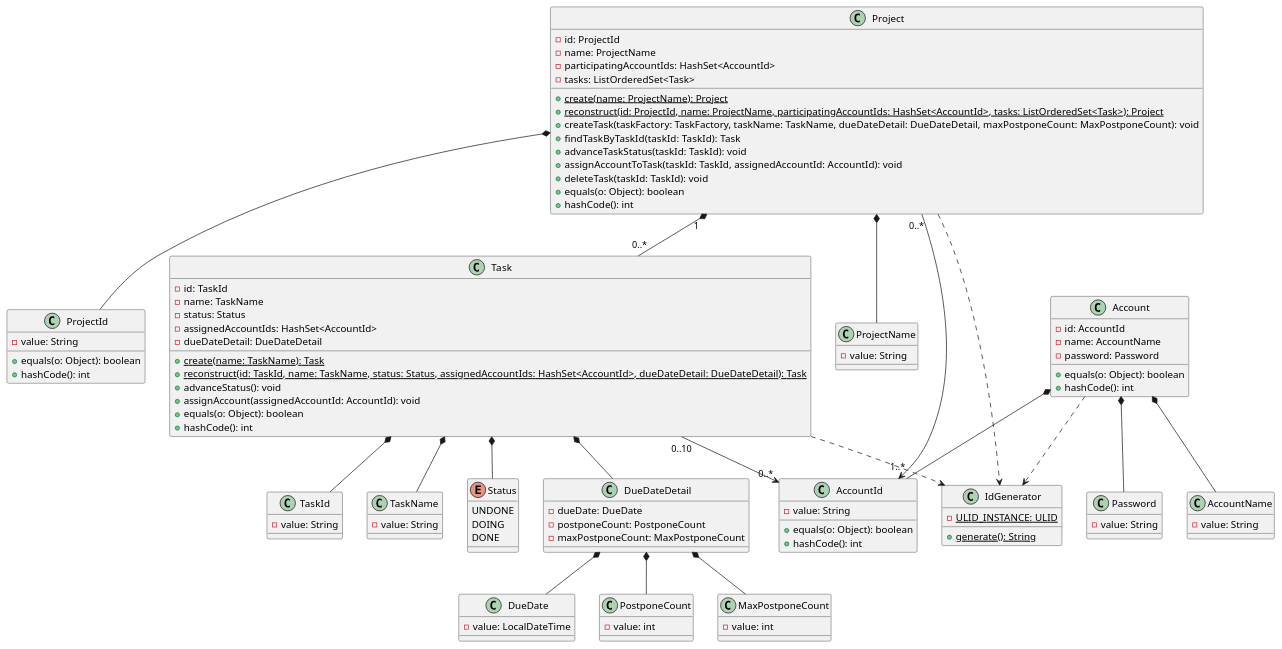
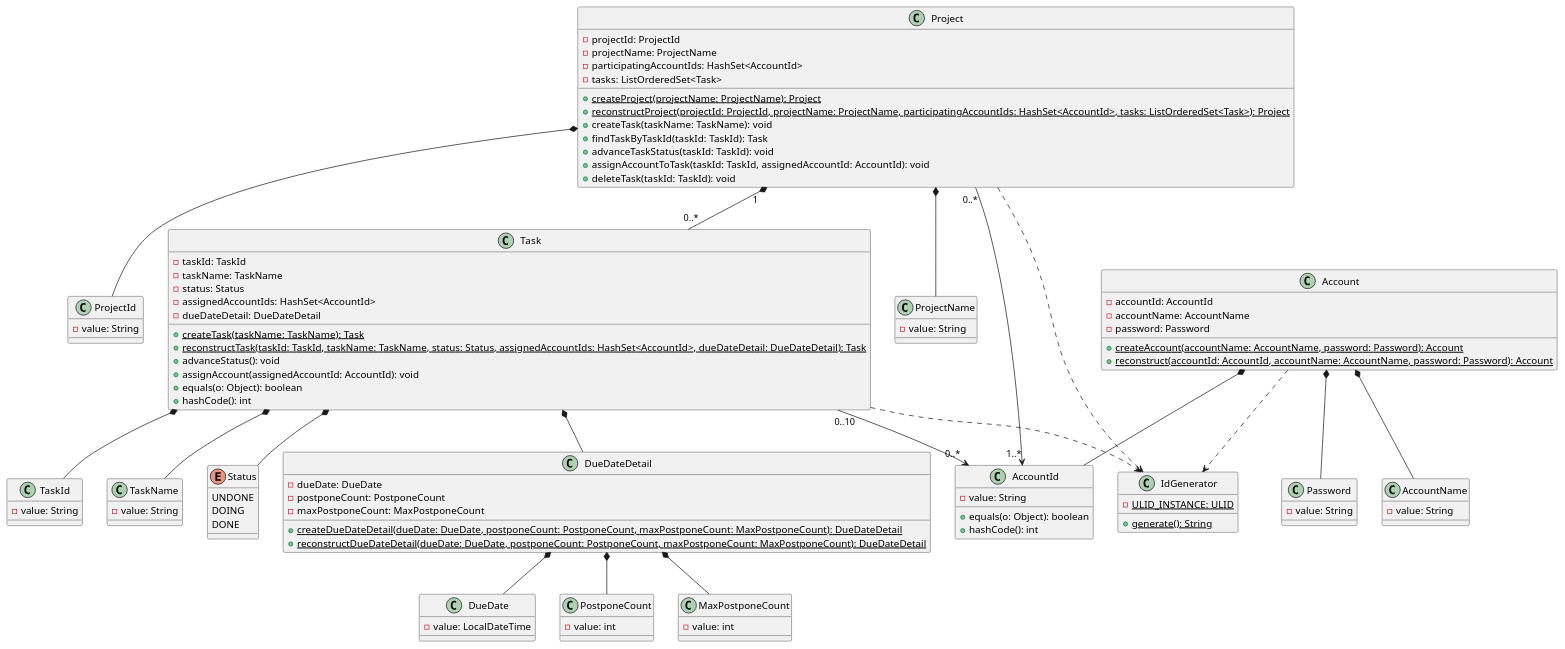
One commit to ORIKAMIxNEP/playground changed the diagram in uml/class.puml. Above: the diagram before and after it, drawn with PlantUML.

```diff
--- a/uml/class.puml
+++ b/uml/class.puml
@@ -1,122 +1,120 @@
 @startuml
 class Account {
-  - id: AccountId
-  - name: AccountName
+  - accountId: AccountId
+  - accountName: AccountName
   - password: Password
-  + equals(o: Object): boolean
-  + hashCode(): int
+    {static} + createAccount(accountName: AccountName, password: Password): Account
+    {static} + reconstruct(accountId: AccountId, accountName: AccountName, password: Password): Account
 }
 
 class AccountId {
   - value: String
   + equals(o: Object): boolean
   + hashCode(): int
 }
 
 class AccountName {
   - value: String
 }
 
 class Password {
   - value: String
 }
 
 Account *-- AccountId
 Account *-- AccountName
 Account *-- Password
 Account ..> IdGenerator
 
 class Project {
-  - id: ProjectId
-  - name: ProjectName
+  - projectId: ProjectId
+  - projectName: ProjectName
   - participatingAccountIds: HashSet<AccountId>
   - tasks: ListOrderedSet<Task>
-  {static} + create(name: ProjectName): Project
-  {static} + reconstruct(id: ProjectId, name: ProjectName, participatingAccountIds: HashSet<AccountId>, tasks: ListOrderedSet<Task>): Project
-  + createTask(taskFactory: TaskFactory, taskName: TaskName, dueDateDetail: DueDateDetail, maxPostponeCount: MaxPostponeCount): void
+  {static} + createProject(projectName: ProjectName): Project
+  {static} + reconstructProject(projectId: ProjectId, projectName: ProjectName, participatingAccountIds: HashSet<AccountId>, tasks: ListOrderedSet<Task>): Project
+  + createTask(taskName: TaskName): void
   + findTaskByTaskId(taskId: TaskId): Task
   + advanceTaskStatus(taskId: TaskId): void
   + assignAccountToTask(taskId: TaskId, assignedAccountId: AccountId): void
   + deleteTask(taskId: TaskId): void
-  + equals(o: Object): boolean
-  + hashCode(): int
 }
 
 class ProjectId {
   - value: String
-  + equals(o: Object): boolean
-  + hashCode(): int
 }
 
 class ProjectName {
   - value: String
 }
 
 Project *-- ProjectId
 Project *-- ProjectName
 Project "0..*" --> "1..*" AccountId
 Project "1" *-- "0..*" Task
 Project ..> IdGenerator
 
 class Task {
-  - id: TaskId
-  - name: TaskName
+  - taskId: TaskId
+  - taskName: TaskName
   - status: Status
   - assignedAccountIds: HashSet<AccountId>
   - dueDateDetail: DueDateDetail
-  {static} + create(name: TaskName): Task
-  {static} + reconstruct(id: TaskId, name: TaskName, status: Status, assignedAccountIds: HashSet<AccountId>, dueDateDetail: DueDateDetail): Task
+  {static} + createTask(taskName: TaskName): Task
+  {static} + reconstructTask(taskId: TaskId, taskName: TaskName, status: Status, assignedAccountIds: HashSet<AccountId>, dueDateDetail: DueDateDetail): Task
   + advanceStatus(): void
   + assignAccount(assignedAccountId: AccountId): void
   + equals(o: Object): boolean
   + hashCode(): int
 }
 
 class TaskId {
   - value: String
 }
 
 class TaskName {
   - value: String
 }
 
 enum Status {
   UNDONE
   DOING
   DONE
 }
 
 Task *-- TaskId
 Task *-- TaskName
 Task *-- Status
 Task "0..10" --> "0..*" AccountId
 Task *-- DueDateDetail
 Task ..> IdGenerator
 
 class DueDateDetail {
   - dueDate: DueDate
   - postponeCount: PostponeCount
   - maxPostponeCount: MaxPostponeCount
+    {static} + createDueDateDetail(dueDate: DueDate, postponeCount: PostponeCount, maxPostponeCount: MaxPostponeCount): DueDateDetail
+    {static} + reconstructDueDateDetail(dueDate: DueDate, postponeCount: PostponeCount, maxPostponeCount: MaxPostponeCount): DueDateDetail
 }
 
 class DueDate {
   - value: LocalDateTime
 }
 
 class PostponeCount {
   - value: int
 }
 
 class MaxPostponeCount {
   - value: int
 }
 
 DueDateDetail *-- DueDate
 DueDateDetail *-- PostponeCount
 DueDateDetail *-- MaxPostponeCount
 
 class IdGenerator {
   {static} - ULID_INSTANCE: ULID
   {static} + generate(): String
 }
 @enduml
```
